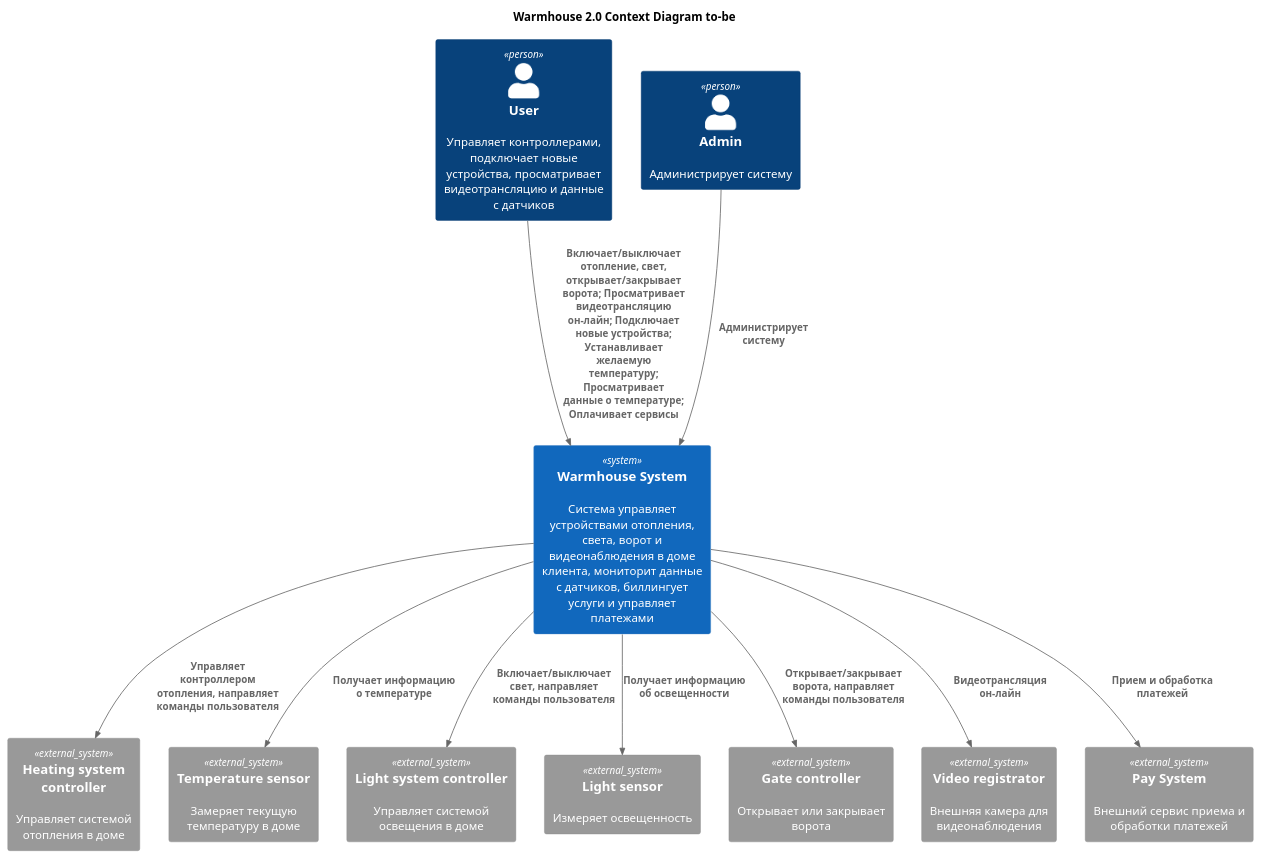
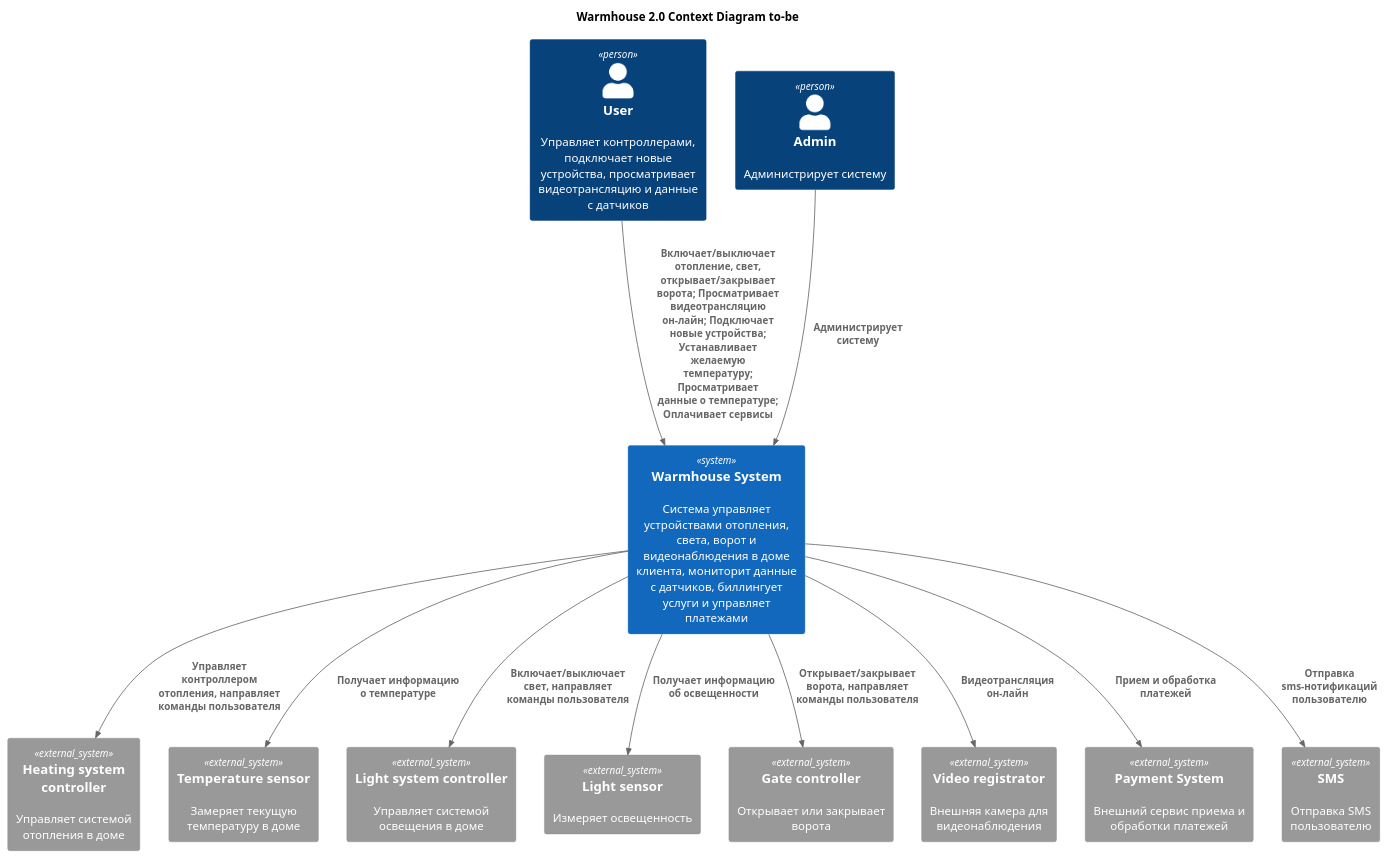
Before and after one commit to VitEr-dev/architecture-sprint-3: the diagram in diagrams/context/warmhouse_context_tobe.puml, drawn with PlantUML. The commit also changed 2 other files, not shown here.

Commit message:
diagrams of context and containers

```diff
--- a/diagrams/context/warmhouse_context_tobe.puml
+++ b/diagrams/context/warmhouse_context_tobe.puml
@@ -1,32 +1,34 @@
 @startuml WarmhouseContext
 title Warmhouse 2.0 Context Diagram to-be
 
 top to bottom direction
 
 !includeurl https://raw.githubusercontent.com/RicardoNiepel/C4-PlantUML/master/C4_Context.puml
 
 Person(user, "User", "Управляет контроллерами, подключает новые устройства, просматривает видеотрансляцию и данные с датчиков")
 Person(admin, "Admin", "Администрирует систему")
 System(WarmhouseSystem, "Warmhouse System", "Система управляет устройствами отопления, света, ворот и видеонаблюдения в доме клиента, мониторит данные с датчиков, биллингует услуги и управляет платежами")
 
 System_Ext(hscontroller, "Heating system controller", "Управляет системой отопления в доме")
 System_Ext(tsensor, "Temperature sensor", "Замеряет текущую температуру в доме")
 System_Ext(lcontroller, "Light system controller", "Управляет системой освещения в доме")
 System_Ext(lsensor, "Light sensor", "Измеряет освещенность")
 System_Ext(gcontroller, "Gate controller", "Открывает или закрывает ворота")
 System_Ext(videoreg, "Video registrator", "Внешняя камера для видеонаблюдения")
-System_Ext(paysystem, "Pay System", "Внешний сервис приема и обработки платежей")
+System_Ext(paysystem, "Payment System", "Внешний сервис приема и обработки платежей")
+System_Ext(sms, "SMS ", "Отправка SMS пользователю")
 
 
 Rel(user, WarmhouseSystem, "Включает/выключает отопление, свет, открывает/закрывает ворота; Просматривает видеотрансляцию он-лайн; Подключает новые устройства; Устанавливает желаемую температуру; Просматривает данные о температуре; Оплачивает сервисы")
 Rel(admin,WarmhouseSystem,"Администрирует систему")
 Rel(WarmhouseSystem,hscontroller,"Управляет контроллером отопления, направляет команды пользователя")
 Rel(WarmhouseSystem,tsensor,"Получает информацию о температуре")
 Rel(WarmhouseSystem,lcontroller,"Включает/выключает свет, направляет команды пользователя")
 Rel(WarmhouseSystem,lsensor,"Получает информацию об освещенности")
 Rel(WarmhouseSystem,gcontroller,"Открывает/закрывает ворота, направляет команды пользователя")
 Rel(WarmhouseSystem,videoreg,"Видеотрансляция он-лайн")
 Rel(WarmhouseSystem,paysystem,"Прием и обработка платежей")
+Rel(WarmhouseSystem,sms,"Отправка sms-нотификаций пользователю")
 
 
 @enduml
```
